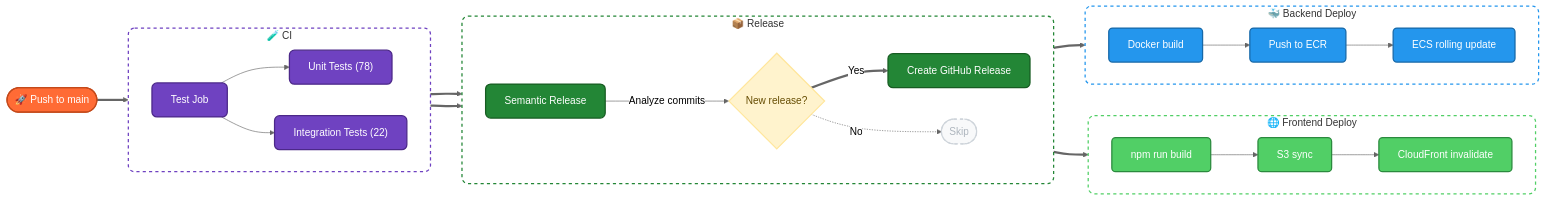
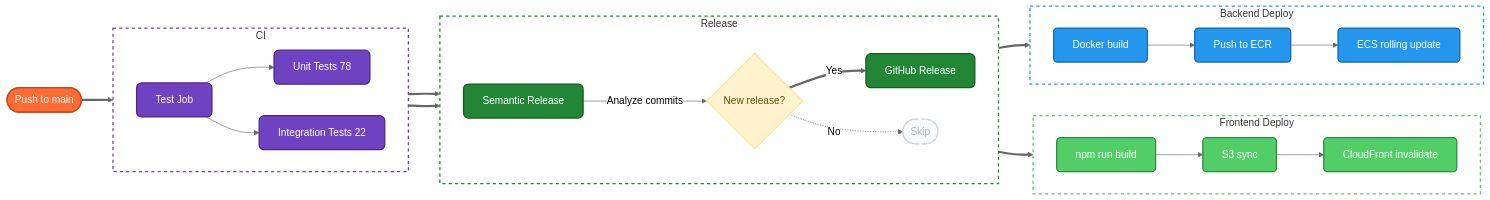
The sixth of 7 diagrams in readme.md (986913/WHATTOEAT), drawn with Mermaid (neutral theme) before and after one commit. The commit also changed other lines of this file, not shown here.

````diff
--- a/readme.md
+++ b/readme.md
@@ -234,61 +374,58 @@
 ```mermaid
 flowchart LR
     classDef trigger fill:#FF6B35,stroke:#c4491a,stroke-width:2px,color:#fff,rx:20px,ry:20px;
     classDef test fill:#6f42c1,stroke:#4c2889,stroke-width:2px,color:#fff,rx:8px,ry:8px;
     classDef release fill:#238636,stroke:#175c22,stroke-width:2px,color:#fff,rx:8px,ry:8px;
     classDef decision fill:#fff3cd,stroke:#ffe69c,stroke-width:2px,color:#664d03;
-    classDef deploy fill:#f8f9fa,stroke:#adb5bd,stroke-width:2px,color:#343a40,rx:8px,ry:8px;
     classDef docker fill:#2496ED,stroke:#1668a8,stroke-width:2px,color:#fff,rx:6px,ry:6px;
     classDef s3 fill:#51cf66,stroke:#2b8a3e,stroke-width:2px,color:#fff,rx:6px,ry:6px;
     classDef skip fill:#f8f9fa,stroke:#ced4da,stroke-width:2px,color:#adb5bd,stroke-dasharray: 5 5,rx:20px,ry:20px;
 
-    style CIPhase fill:none,stroke:#6f42c1,stroke-width:2px,stroke-dasharray: 5 5,rx:10
-    style ReleasePhase fill:none,stroke:#238636,stroke-width:2px,stroke-dasharray: 5 5,rx:10
-    style FEDeploy fill:none,stroke:#51cf66,stroke-width:2px,stroke-dasharray: 5 5,rx:10
-    style BEDeploy fill:none,stroke:#2496ED,stroke-width:2px,stroke-dasharray: 5 5,rx:10
+    style CIPhase      fill:none,stroke:#6f42c1,stroke-width:2px,stroke-dasharray:5 5
+    style ReleasePhase fill:none,stroke:#238636,stroke-width:2px,stroke-dasharray:5 5
+    style FEDeploy     fill:none,stroke:#51cf66,stroke-width:2px,stroke-dasharray:5 5
+    style BEDeploy     fill:none,stroke:#2496ED,stroke-width:2px,stroke-dasharray:5 5
 
-    A(["🚀 Push to main"]):::trigger
+    A(["Push to main"]):::trigger
 
-    subgraph CIPhase ["🧪 CI"]
+    subgraph CIPhase ["CI"]
         direction LR
         T["Test Job"]:::test
-        T1["Unit Tests (78)"]:::test
-        T2["Integration Tests (22)"]:::test
+        T1["Unit Tests 78"]:::test
+        T2["Integration Tests 22"]:::test
     end
 
-    subgraph ReleasePhase ["📦 Release"]
+    subgraph ReleasePhase ["Release"]
         direction LR
         B["Semantic Release"]:::release
         C{"New release?"}:::decision
-        D["Create GitHub Release"]:::release
+        D["GitHub Release"]:::release
         F(["Skip"]):::skip
     end
 
-    subgraph FEDeploy ["🌐 Frontend Deploy"]
+    subgraph FEDeploy ["Frontend Deploy"]
         direction LR
         FE1["npm run build"]:::s3
         FE2["S3 sync"]:::s3
         FE3["CloudFront invalidate"]:::s3
     end
 
-    subgraph BEDeploy ["🐳 Backend Deploy"]
+    subgraph BEDeploy ["Backend Deploy"]
         direction LR
         BE1["Docker build"]:::docker
         BE2["Push to ECR"]:::docker
         BE3["ECS rolling update"]:::docker
     end
 
     A ==> T
     T --> T1
     T --> T2
     T1 & T2 ==> B
     B -- "Analyze commits" --> C
     C == "Yes" ==> D
     C -. "No" .-> F
-
     D ==> FE1
     FE1 --> FE2 --> FE3
-
     D ==> BE1
     BE1 --> BE2 --> BE3
 ```
````
